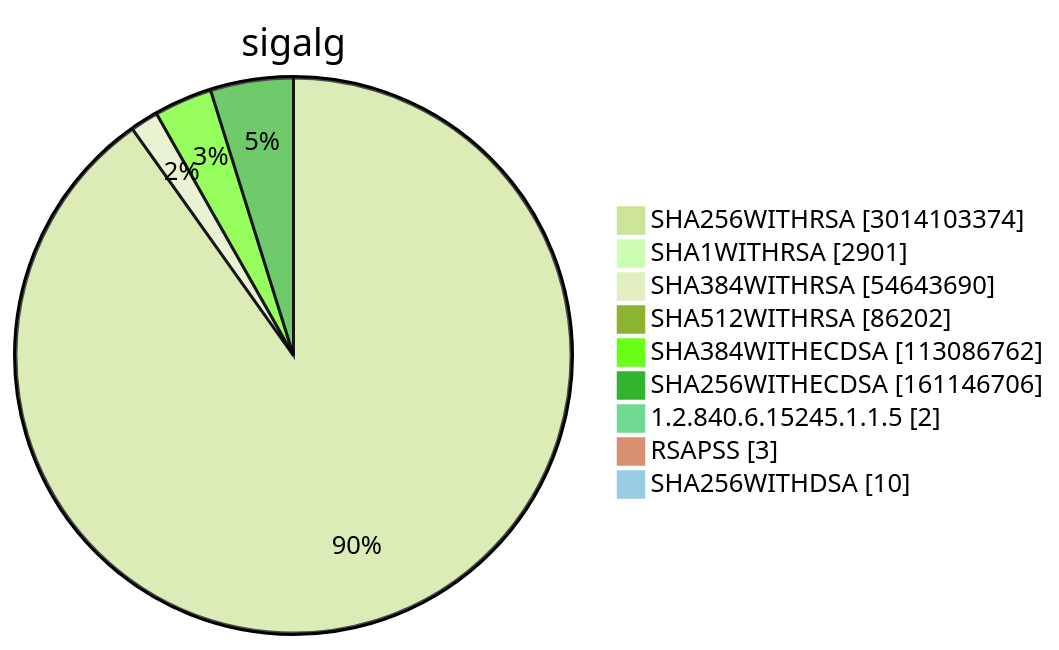
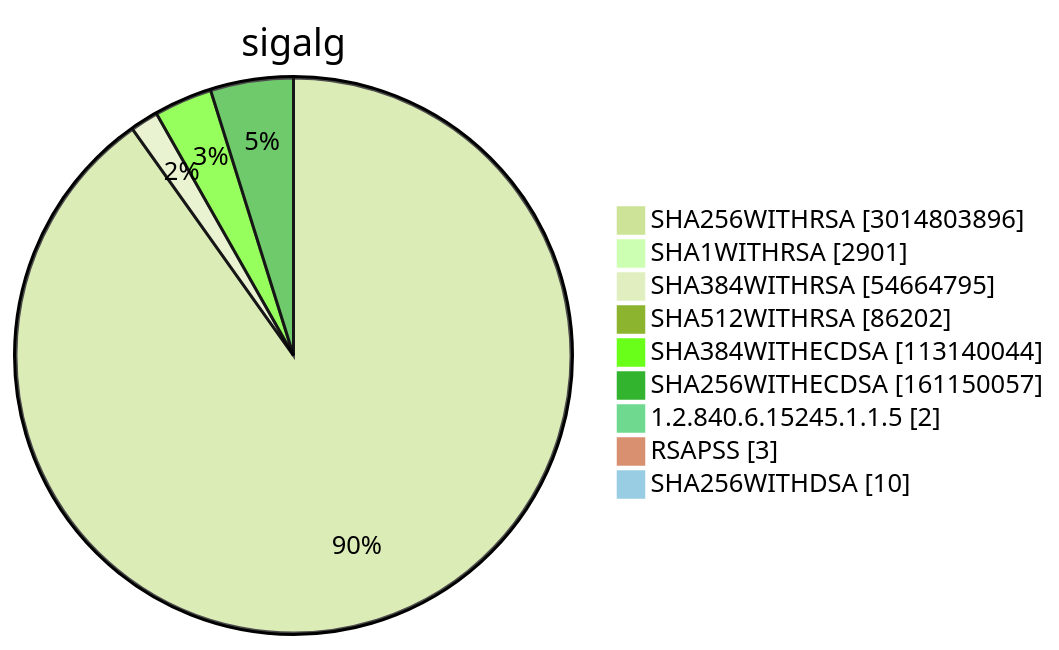
One commit to christiankrug/ctmonitor_visualization changed diagram 15 of 15 in TOTAL/README.md. Above: the diagram before and after it, drawn with Mermaid (forest theme). The commit also changed other lines of this file, not shown here.

````diff
--- a/TOTAL/README.md
+++ b/TOTAL/README.md
@@ -6208,13 +6208,13 @@
 ```mermaid
 pie showData
 title sigalg
-"SHA256WITHRSA" :3014103374
+"SHA256WITHRSA" :3014803896
 "SHA1WITHRSA" :2901
-"SHA384WITHRSA" :54643690
+"SHA384WITHRSA" :54664795
 "SHA512WITHRSA" :86202
-"SHA384WITHECDSA" :113086762
-"SHA256WITHECDSA" :161146706
+"SHA384WITHECDSA" :113140044
+"SHA256WITHECDSA" :161150057
 "1.2.840.6.15245.1.1.5" :2
 "RSAPSS" :3
 "SHA256WITHDSA" :10
 ```
````
